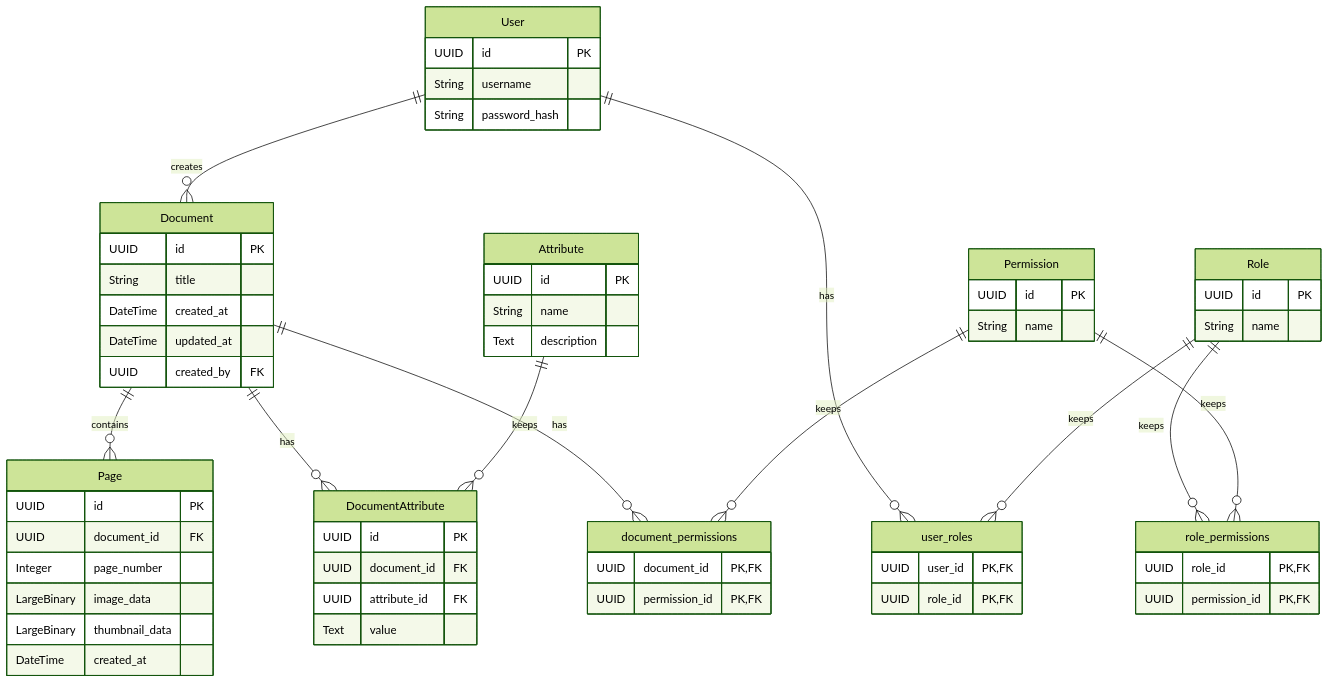
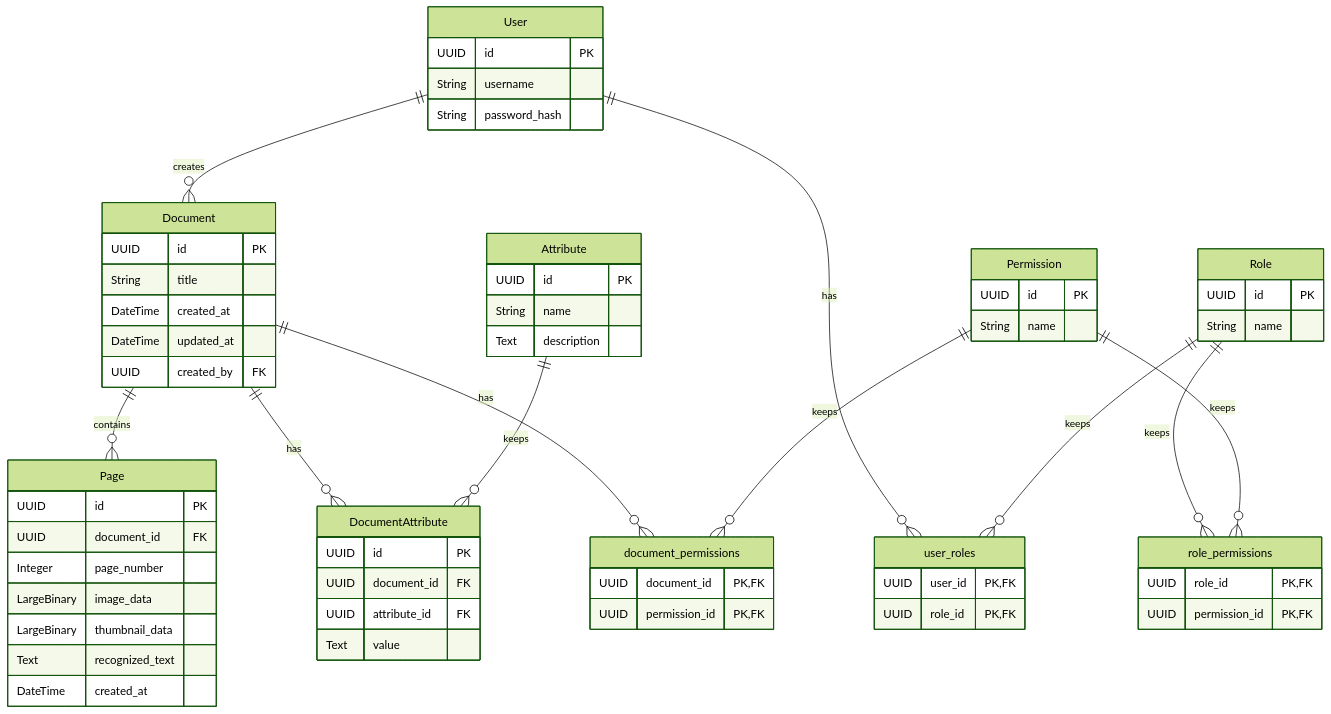
Before and after one commit to thunderquack/arc-be: the diagram in database/scheme.md, drawn with Mermaid (forest theme). The commit also changed 2 other files, not shown here.

Commit message:
additional field

````diff
--- a/database/scheme.md
+++ b/database/scheme.md
@@ -3,75 +3,76 @@
 ```mermaid
 erDiagram
     User {
         UUID id PK
         String username
         String password_hash
     }
     
     Role {
         UUID id PK
         String name
     }
     
     Permission {
         UUID id PK
         String name
     }
     
     Document {
         UUID id PK
         String title
         DateTime created_at
         DateTime updated_at
         UUID created_by FK
     }
     
     Page {
         UUID id PK
         UUID document_id FK
         Integer page_number
         LargeBinary image_data
         LargeBinary thumbnail_data
+        Text recognized_text
         DateTime created_at
     }
     
     Attribute {
         UUID id PK
         String name
         Text description
     }
     
     DocumentAttribute {
         UUID id PK
         UUID document_id FK
         UUID attribute_id FK
         Text value
     }
 
     user_roles {
         UUID user_id PK, FK
         UUID role_id PK, FK
     }
     
     role_permissions {
         UUID role_id PK, FK
         UUID permission_id PK, FK
     }
     
     document_permissions {
         UUID document_id PK, FK
         UUID permission_id PK, FK
     }
 
     User ||--o{ Document : "creates"
     User ||--o{ user_roles : "has"
     Role ||--o{ user_roles : "keeps"
     Role ||--o{ role_permissions : "keeps"
     Permission ||--o{ role_permissions : "keeps"
     Document ||--o{ Page : "contains"
     Document ||--o{ DocumentAttribute : "has"
     Document ||--o{ document_permissions : "has"
     Attribute ||--o{ DocumentAttribute : "keeps"
     Permission ||--o{ document_permissions : "keeps"
 
 ```
````
